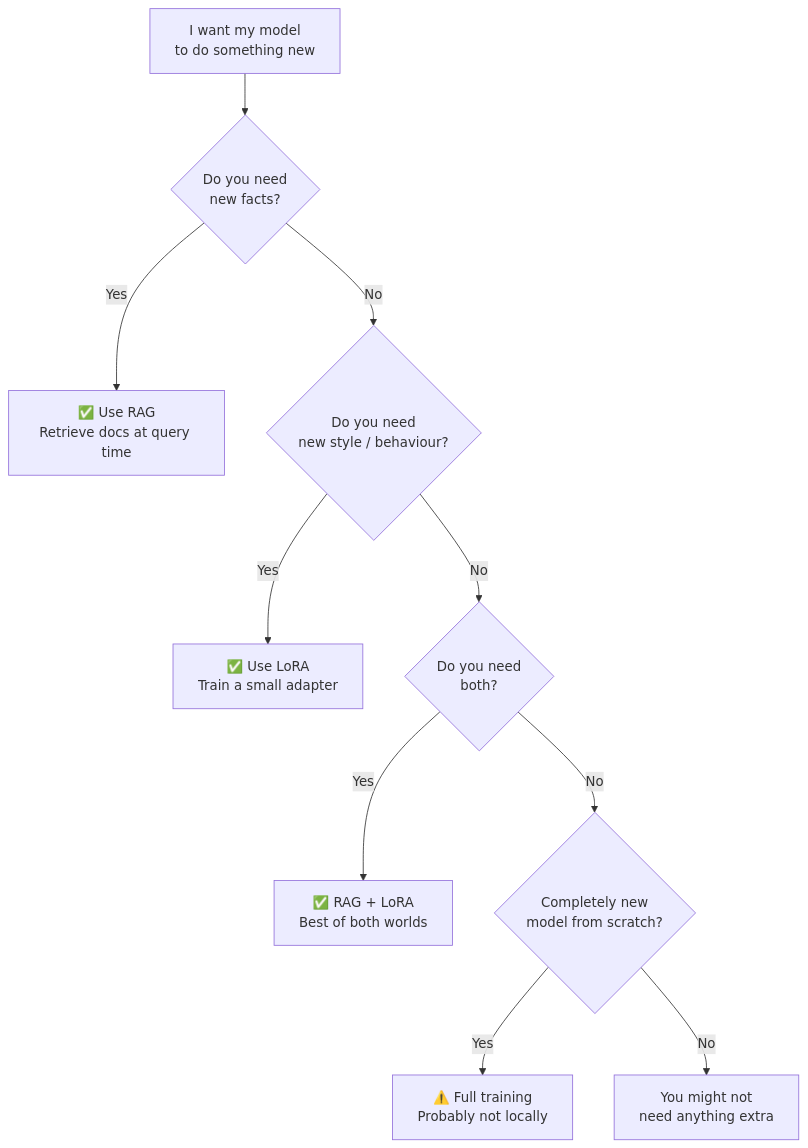
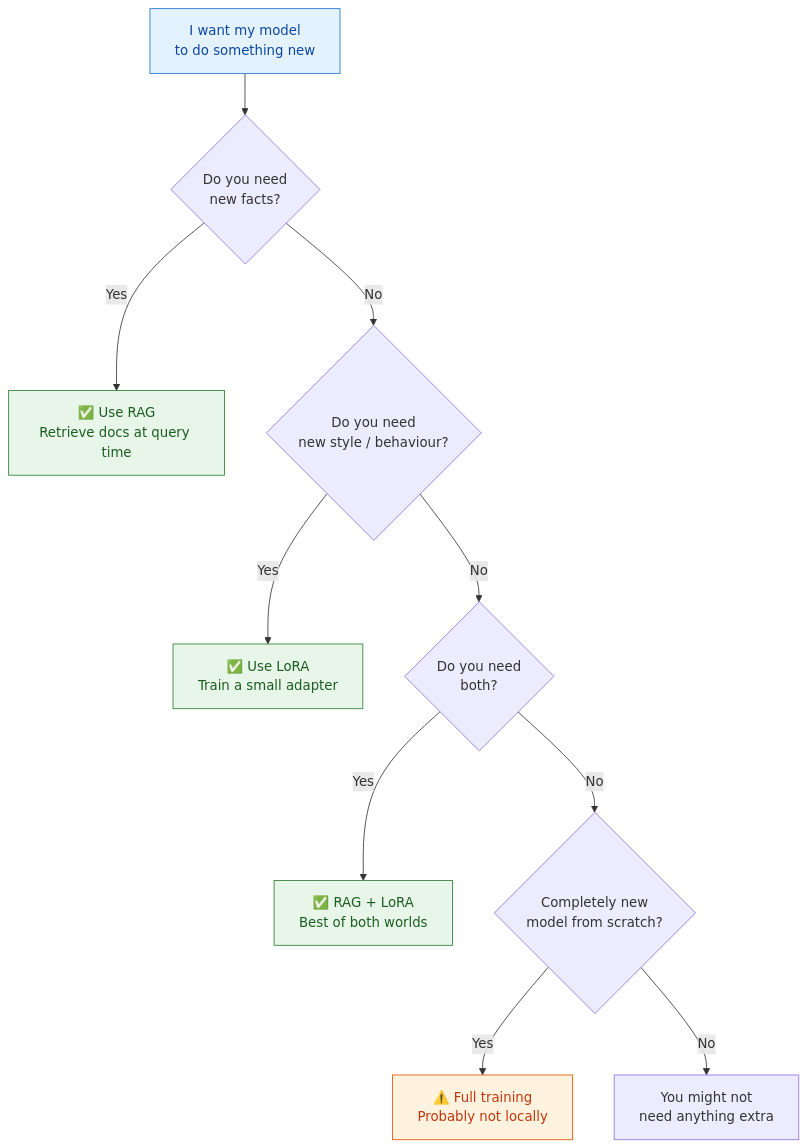
Before and after one commit to Guebbit/AI-coding-assistant: the second of 2 diagrams in docs/theory/lora-fine-tuning.md, drawn with Mermaid. The commit also changed other lines of this file and 54 other files, not shown here.

First line of the commit message:
docs: add mermaid diagrams to quickstart & ollama-notes, color-code all flowcharts

````diff
--- a/docs/theory/lora-fine-tuning.md
+++ b/docs/theory/lora-fine-tuning.md
@@ -78,12 +82,17 @@
 ```mermaid
 flowchart TD
     Start["I want my model\nto do something new"] --> Q1{"Do you need\nnew facts?"}
     Q1 -->|Yes| RAG["✅ Use RAG\nRetrieve docs at query time"]
     Q1 -->|No| Q2{"Do you need\nnew style / behaviour?"}
     Q2 -->|Yes| LORA["✅ Use LoRA\nTrain a small adapter"]
     Q2 -->|No| Q3{"Do you need\nboth?"}
     Q3 -->|Yes| BOTH["✅ RAG + LoRA\nBest of both worlds"]
     Q3 -->|No| Q4{"Completely new\nmodel from scratch?"}
     Q4 -->|Yes| FULL["⚠️ Full training\nProbably not locally"]
     Q4 -->|No| PLAIN["You might not\nneed anything extra"]
+    style Start fill:#e3f2fd,stroke:#1976d2,color:#0d47a1
+    style RAG fill:#e8f5e9,stroke:#2e7d32,color:#1b5e20
+    style LORA fill:#e8f5e9,stroke:#2e7d32,color:#1b5e20
+    style BOTH fill:#e8f5e9,stroke:#2e7d32,color:#1b5e20
+    style FULL fill:#fff3e0,stroke:#e65100,color:#bf360c
 ```
````
